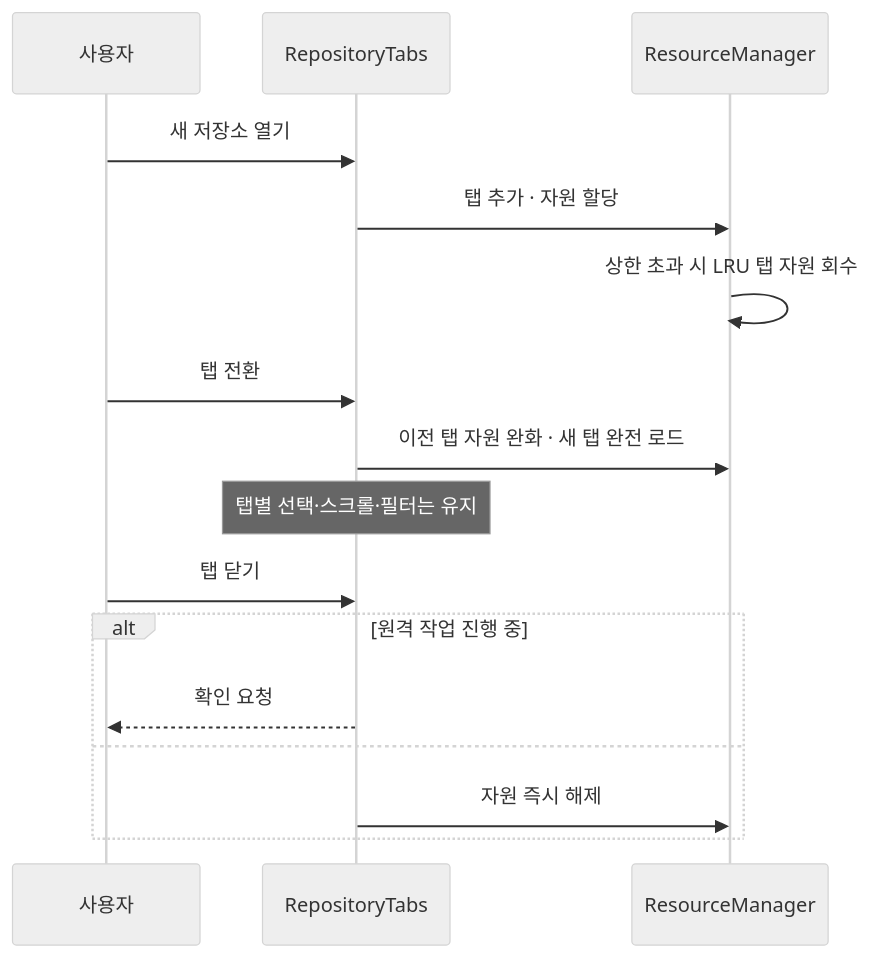
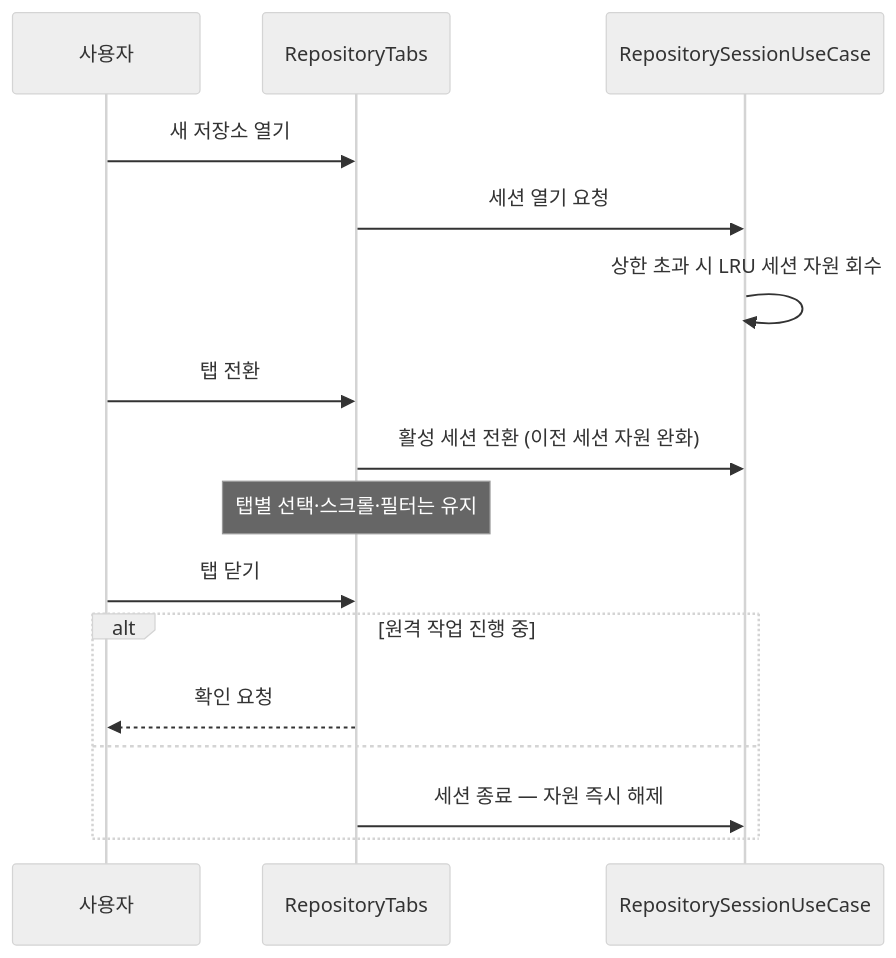
The first of 2 diagrams in tickets/UND-44-multi-repo-tabs.md (biuea3866/gitkraken-clone-app), drawn with Mermaid (neutral theme) before and after one commit. The commit also changed other lines of this file and 26 other files, not shown here.

````diff
--- a/tickets/UND-44-multi-repo-tabs.md
+++ b/tickets/UND-44-multi-repo-tabs.md
@@ -30,18 +36,18 @@
 ```mermaid
 sequenceDiagram
     participant User as 사용자
     participant Tabs as RepositoryTabs
-    participant Res as ResourceManager
+    participant UC as RepositorySessionUseCase
     User->>Tabs: 새 저장소 열기
-    Tabs->>Res: 탭 추가 · 자원 할당
-    Res->>Res: 상한 초과 시 LRU 탭 자원 회수
+    Tabs->>UC: 세션 열기 요청
+    UC->>UC: 상한 초과 시 LRU 세션 자원 회수
     User->>Tabs: 탭 전환
-    Tabs->>Res: 이전 탭 자원 완화 · 새 탭 완전 로드
+    Tabs->>UC: 활성 세션 전환 (이전 세션 자원 완화)
     Note over Tabs: 탭별 선택·스크롤·필터는 유지
     User->>Tabs: 탭 닫기
     alt 원격 작업 진행 중
         Tabs-->>User: 확인 요청
     else
-        Tabs->>Res: 자원 즉시 해제
+        Tabs->>UC: 세션 종료 — 자원 즉시 해제
     end
 ```
````
